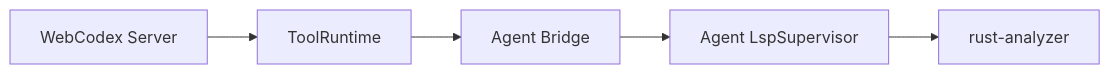
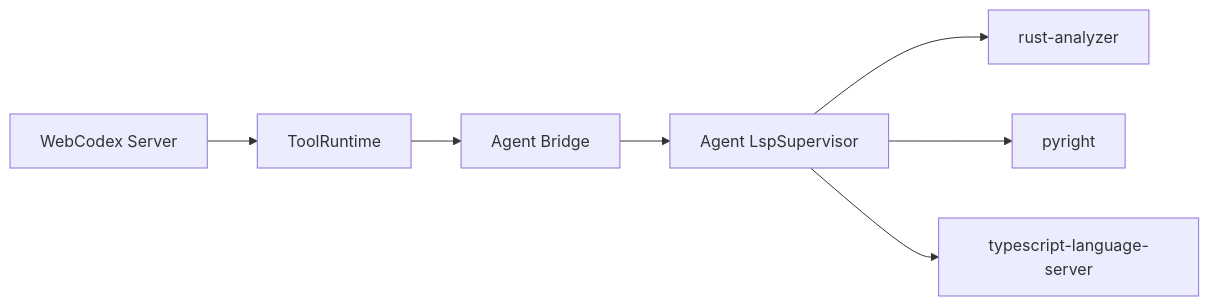
Before and after one commit to yyjeqhc/webcodex: the fourth of 4 diagrams in docs/ARCHITECTURE.md, drawn with Mermaid. The commit also changed other lines of this file and 3 other files, not shown here.

````diff
--- a/docs/ARCHITECTURE.md
+++ b/docs/ARCHITECTURE.md
@@ -63,7 +63,9 @@
 ```mermaid
 flowchart LR
   S[WebCodex Server] --> TR[ToolRuntime]
   TR --> AB[Agent Bridge]
   AB --> LS[Agent LspSupervisor]
   LS --> RA[rust-analyzer]
+  LS --> PY[pyright]
+  LS --> TS[typescript-language-server]
 ```
````
